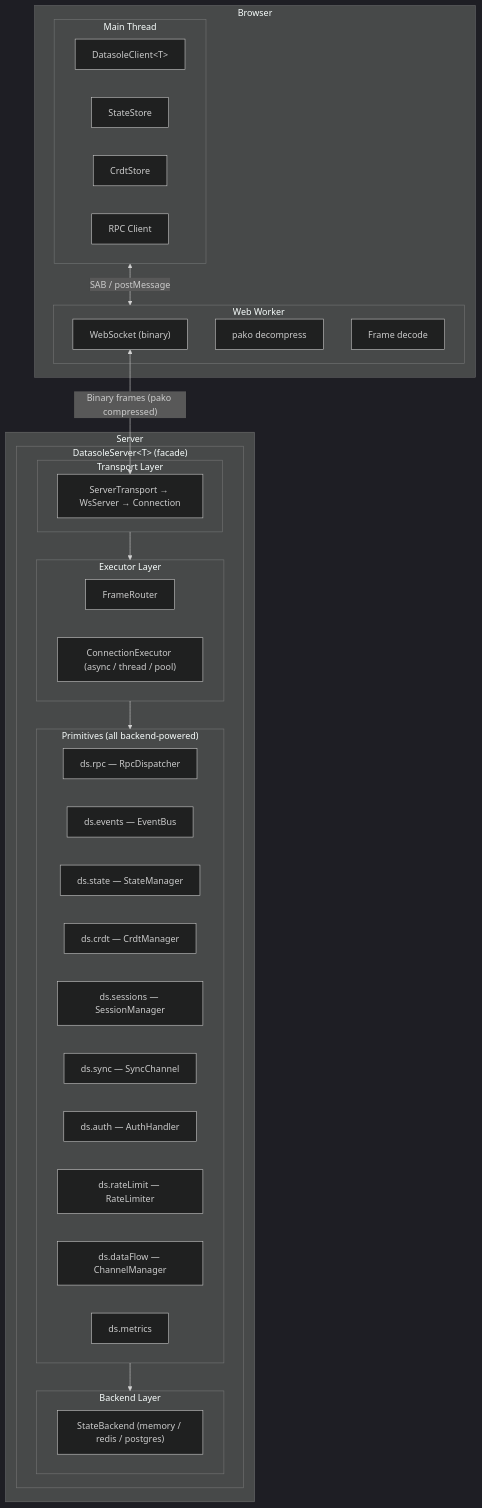
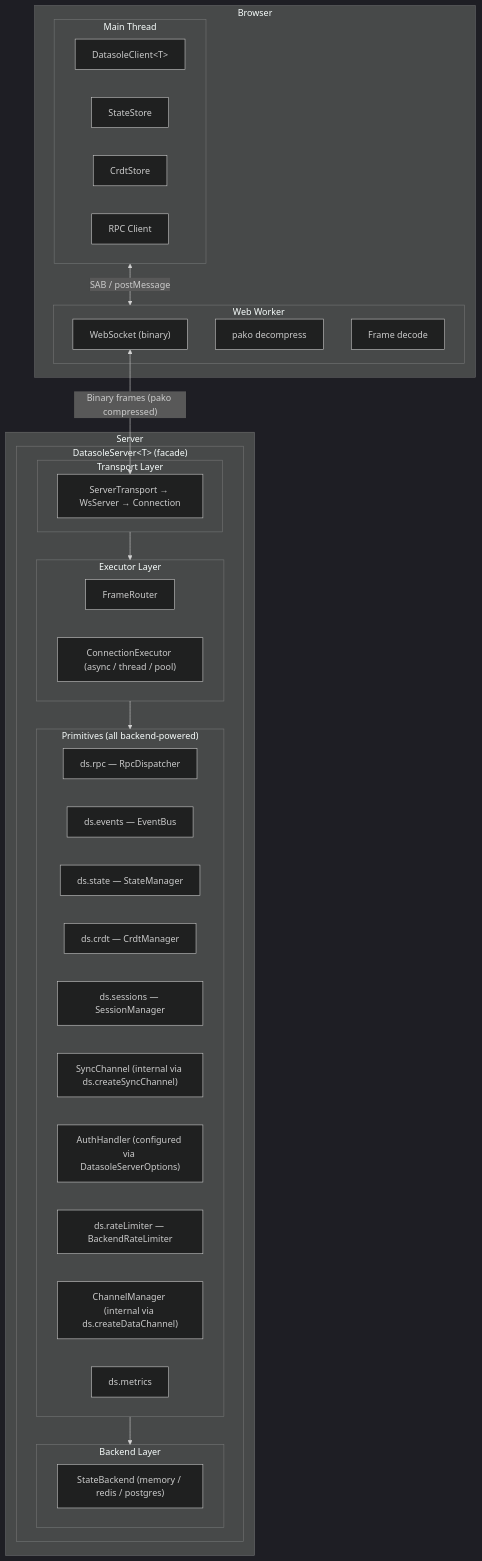
The fourth of 6 diagrams in docs/architecture.md (mayanklahiri/datasole), drawn with Mermaid (dark theme) before and after one commit. The commit also changed 13 other files, not shown here.

````diff
--- a/docs/architecture.md
+++ b/docs/architecture.md
@@ -148,48 +148,48 @@
 ```mermaid
 flowchart TB
     subgraph Browser
         subgraph MT["Main Thread"]
             DC["DatasoleClient&lt;T&gt;"]
             SS[StateStore]
             CS[CrdtStore]
             RC[RPC Client]
         end
         subgraph WW["Web Worker"]
             WS["WebSocket (binary)"]
             PK["pako decompress"]
             FD["Frame decode"]
         end
         MT <-->|"SAB / postMessage"| WW
     end
 
     WS <-->|"Binary frames (pako compressed)"| WSS
 
     subgraph Server
         subgraph DS["DatasoleServer&lt;T&gt; (facade)"]
             subgraph Transport["Transport Layer"]
                 WSS["ServerTransport → WsServer → Connection"]
             end
             subgraph Executor["Executor Layer"]
                 FR["FrameRouter"]
                 EX["ConnectionExecutor (async / thread / pool)"]
             end
             subgraph Backend["Backend Layer"]
                 SBE["StateBackend (memory / redis / postgres)"]
             end
             subgraph Primitives["Primitives (all backend-powered)"]
                 RPCd["ds.rpc — RpcDispatcher"]
                 EB["ds.events — EventBus"]
                 SM["ds.state — StateManager"]
                 CRDT["ds.crdt — CrdtManager"]
                 Sess["ds.sessions — SessionManager"]
-                Sync["ds.sync — SyncChannel"]
-                Auth["ds.auth — AuthHandler"]
-                RLim["ds.rateLimit — RateLimiter"]
-                DF["ds.dataFlow — ChannelManager"]
+                Sync["SyncChannel (internal via ds.createSyncChannel)"]
+                Auth["AuthHandler (configured via DatasoleServerOptions)"]
+                RLim["ds.rateLimiter — BackendRateLimiter"]
+                DF["ChannelManager (internal via ds.createDataChannel)"]
                 Met["ds.metrics"]
             end
             Transport --> Executor --> Primitives
             Primitives --> Backend
         end
     end
 ```
````
